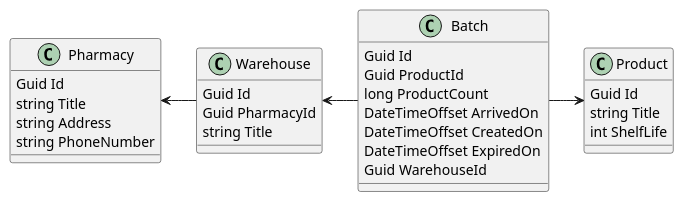
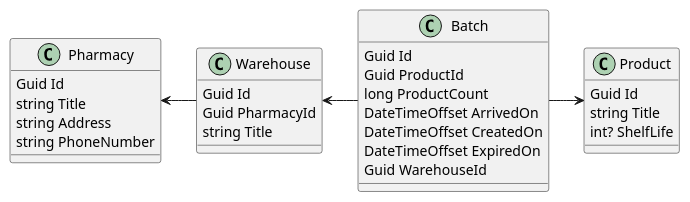
The diagram in dlmodel.puml (amnes1ax/pharmaService), drawn with PlantUML before and after one commit. The commit also changed 58 other files, not shown here.

```diff
--- a/dlmodel.puml
+++ b/dlmodel.puml
@@ -1,41 +1,41 @@
 @startuml
 'https://plantuml.com/class-diagram
 
 class Pharmacy
 {
     Guid Id
     string Title
     string Address
     string PhoneNumber
 }
 
 class Warehouse
 {
     Guid Id
     Guid PharmacyId
     string Title
 }
 
 class Batch
 {
     Guid Id
     Guid ProductId
     long ProductCount
     DateTimeOffset ArrivedOn
     DateTimeOffset CreatedOn
     DateTimeOffset ExpiredOn
     Guid WarehouseId
 }
 
 class Product
 {
     Guid Id
     string Title
-    int ShelfLife
+    int? ShelfLife
 }
 
 Pharmacy <- Warehouse
 Warehouse <- Batch
 Batch -> Product
 
 @enduml
```
